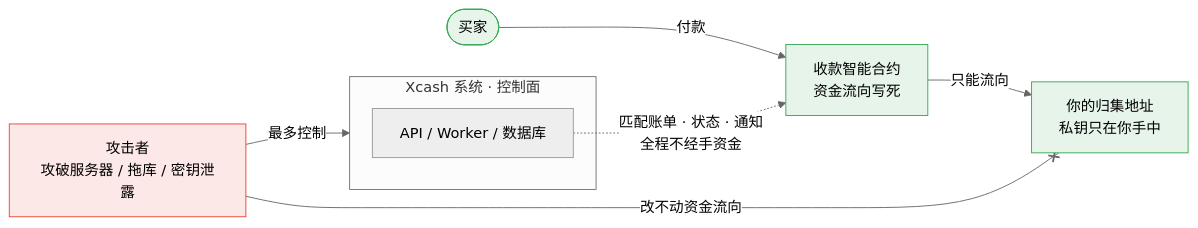
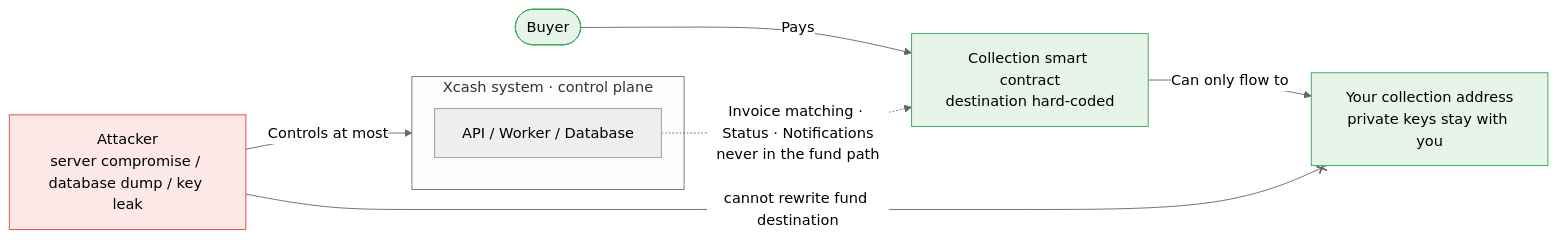
Before and after one commit to xca-sh/xcash: the first of 2 diagrams in README.md, drawn with Mermaid (neutral theme). The commit also changed other lines of this file and 5 other files, not shown here.

````diff
--- a/README.md
+++ b/README.md
@@ -44,22 +86,22 @@
 ```mermaid
 flowchart LR
-    Buyer(["买家"])
-    Contract["收款智能合约<br/>资金流向写死"]
-    Wallet["你的归集地址<br/>私钥只在你手中"]
+    Buyer(["Buyer"])
+    Contract["Collection smart contract<br/>destination hard-coded"]
+    Wallet["Your collection address<br/>private keys stay with you"]
 
-    Buyer -->|付款| Contract -->|只能流向| Wallet
+    Buyer -->|Pays| Contract -->|Can only flow to| Wallet
 
-    subgraph XcashBox["Xcash 系统 · 控制面"]
-        Core["API / Worker / 数据库"]
+    subgraph XcashBox["Xcash system · control plane"]
+        Core["API / Worker / Database"]
     end
-    Core -.->|匹配账单 · 状态 · 通知<br/>全程不经手资金| Contract
+    Core -.->|Invoice matching · Status · Notifications<br/>never in the fund path| Contract
 
-    Attacker["攻击者<br/>攻破服务器 / 拖库 / 密钥泄露"]
-    Attacker -->|最多控制| XcashBox
-    Attacker -- 改不动资金流向 --x Wallet
+    Attacker["Attacker<br/>server compromise / database dump / key leak"]
+    Attacker -->|Controls at most| XcashBox
+    Attacker -- cannot rewrite fund destination --x Wallet
 
     classDef money fill:#e6f4ea,stroke:#34a853,color:#000;
     classDef danger fill:#fce8e6,stroke:#ea4335,color:#000;
     class Buyer,Contract,Wallet money;
     class Attacker danger;
 ```
````
